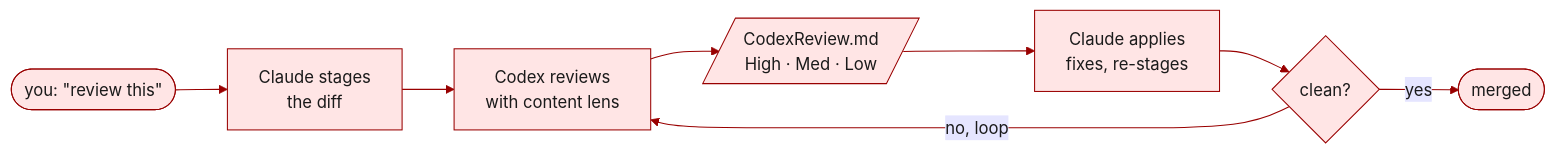
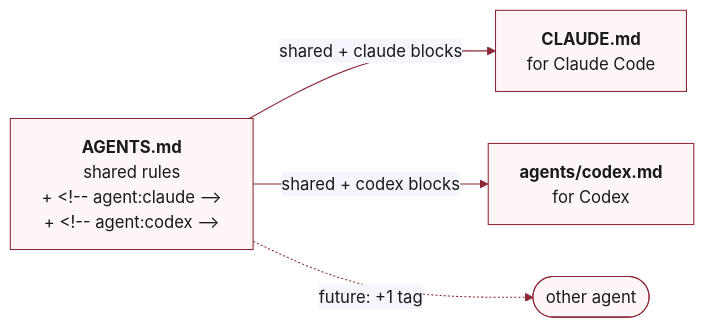
The diagram in README.md (Spencerx/anywhere-agents), drawn with Mermaid before and after one commit. The commit also changed other lines of this file and 20 other files, not shown here.

````diff
--- a/README.md
+++ b/README.md
@@ -79,11 +88,7 @@
 ```mermaid
-%%{init: {'theme': 'base', 'themeVariables': { 'primaryColor': '#ffe5e5', 'primaryBorderColor': '#990000', 'primaryTextColor': '#1a1a1a', 'lineColor': '#990000'}}}%%
+%%{init: {'theme': 'base', 'themeVariables': { 'primaryColor': '#fdf5f6', 'primaryBorderColor': '#8b2635', 'primaryTextColor': '#1a1a1a', 'lineColor': '#8b2635'}}}%%
 flowchart LR
-    A([you: &quot;review this&quot;]) --> B[Claude stages<br/>the diff]
-    B --> C[Codex reviews<br/>with content lens]
-    C --> D[/CodexReview.md<br/>High · Med · Low/]
-    D --> E[Claude applies<br/>fixes, re-stages]
-    E --> F{clean?}
-    F -->|no, loop| C
-    F -->|yes| G([merged])
+    A["<b>AGENTS.md</b><br/>shared rules<br/>+ &lt;!-- agent:claude --&gt;<br/>+ &lt;!-- agent:codex --&gt;"] -->|shared + claude blocks| B["<b>CLAUDE.md</b><br/>for Claude Code"]
+    A -->|shared + codex blocks| C["<b>agents/codex.md</b><br/>for Codex"]
+    A -.->|future: +1 tag| D(["other agent"])
 ```
````
